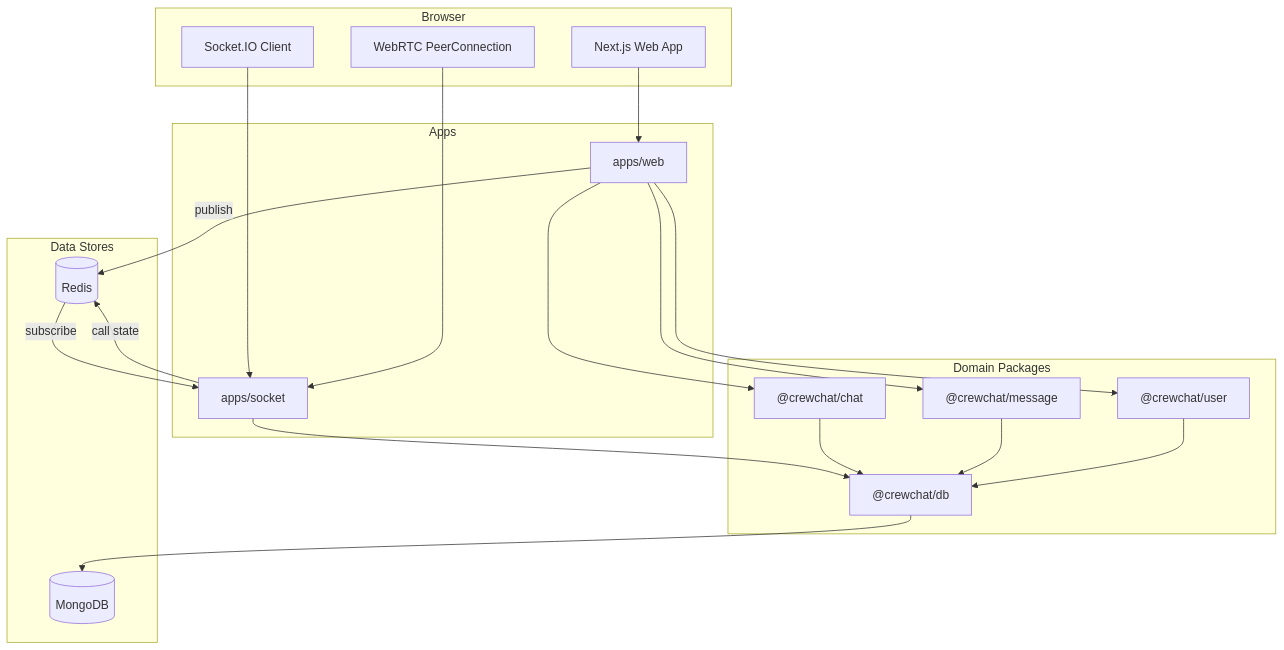
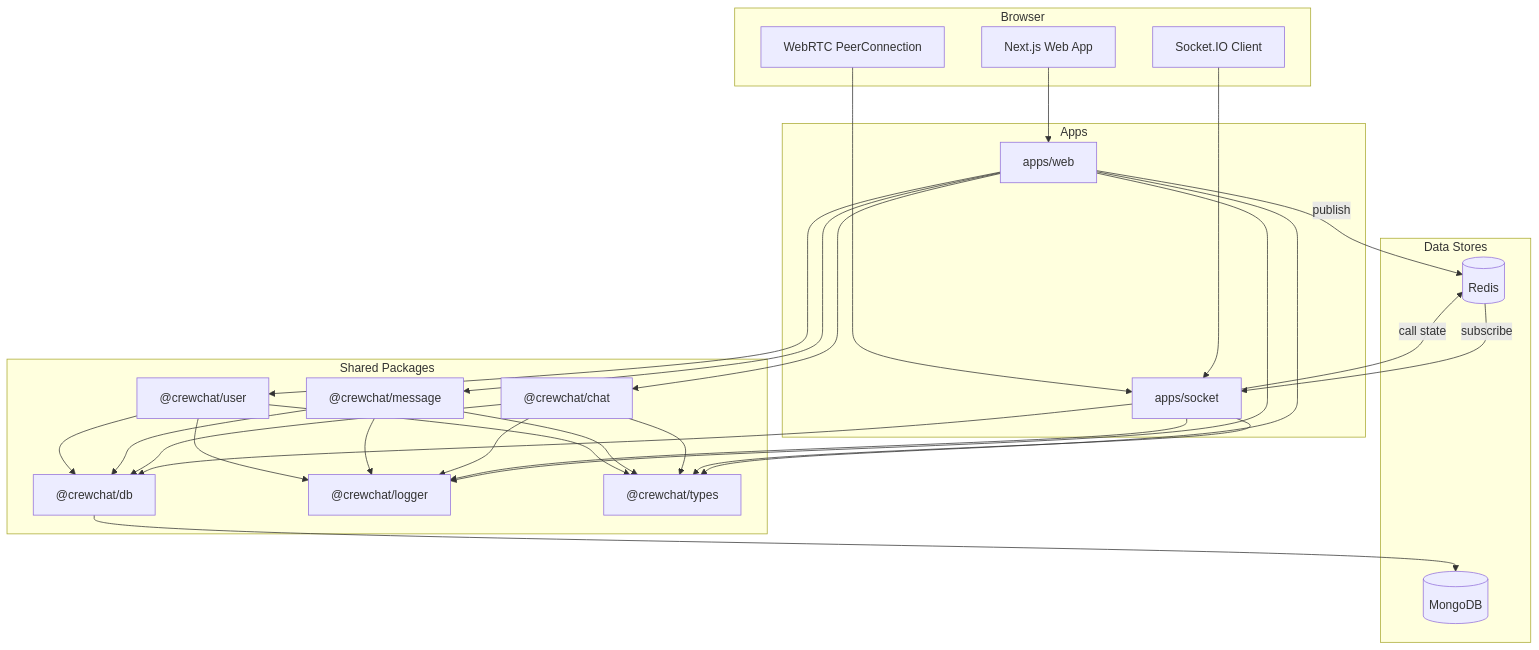
The first of 4 diagrams in docs/ARCHITECTURE.md (vinayak-jaybhaye/crewchat), drawn with Mermaid before and after one commit. The commit also changed other lines of this file and 5 other files, not shown here.

Commit message:
docs: update deployment, architecture, and packages documentation

````diff
--- a/docs/ARCHITECTURE.md
+++ b/docs/ARCHITECTURE.md
@@ -9,38 +9,41 @@
 ```mermaid
 flowchart TB
     subgraph client [Browser]
         NextJS[Next.js Web App]
         SocketClient[Socket.IO Client]
         WebRTC[WebRTC PeerConnection]
     end
 
     subgraph apps [Apps]
         Web[apps/web]
         Socket[apps/socket]
     end
 
-    subgraph packages [Domain Packages]
+    subgraph packages [Shared Packages]
         DB["@crewchat/db"]
         Chat["@crewchat/chat"]
         Message["@crewchat/message"]
         User["@crewchat/user"]
+        Logger["@crewchat/logger"]
+        Types["@crewchat/types"]
     end
 
     subgraph stores [Data Stores]
         MongoDB[(MongoDB)]
         Redis[(Redis)]
     end
 
     NextJS --> Web
     SocketClient --> Socket
     WebRTC --> Socket
 
     Web --> Chat & Message & User
     Socket --> DB
     Chat & Message & User --> DB
+    Web & Socket & Chat & Message & User --> Logger & Types
     DB --> MongoDB
 
     Web -->|publish| Redis
     Redis -->|subscribe| Socket
     Socket -->|call state| Redis
 ```
````
